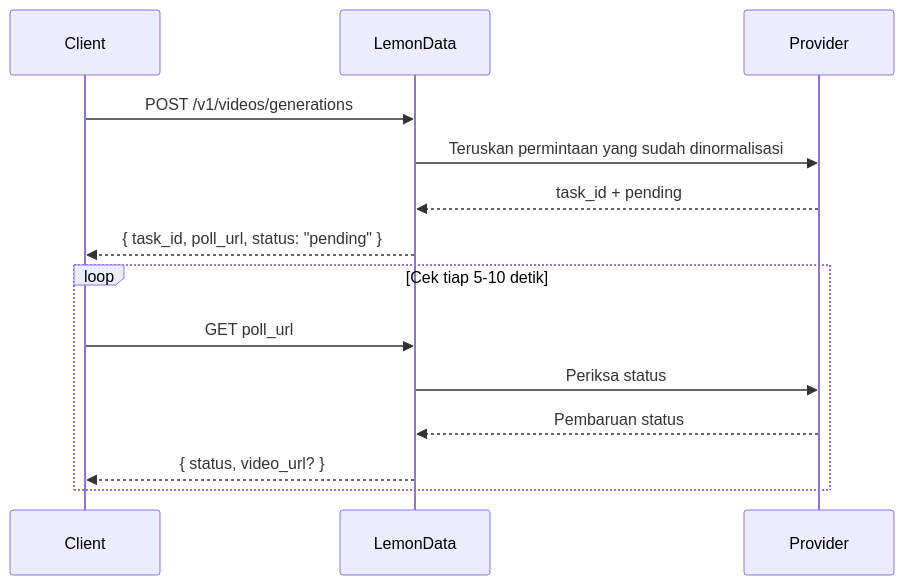
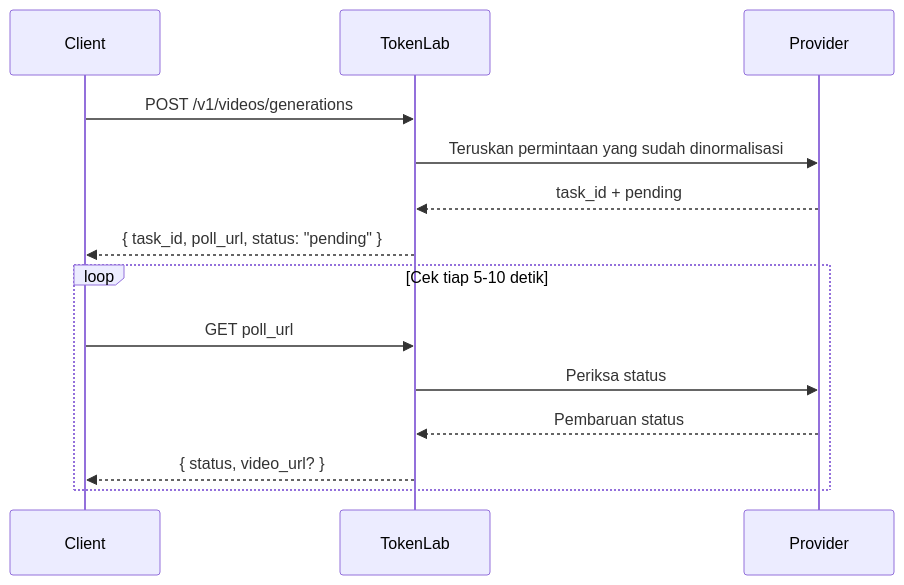
The diagram in id/guides/video-generation.mdx (hedging8563/lemondata-docs), drawn with Mermaid before and after one commit. The commit also changed other lines of this file and 858 other files, not shown here.

````diff
--- a/id/guides/video-generation.mdx
+++ b/id/guides/video-generation.mdx
@@ -24,18 +24,18 @@
 ```mermaid
 sequenceDiagram
     participant Client
-    participant LemonData
+    participant TokenLab
     participant Provider
 
-    Client->>LemonData: POST /v1/videos/generations
-    LemonData->>Provider: Teruskan permintaan yang sudah dinormalisasi
-    Provider-->>LemonData: task_id + pending
-    LemonData-->>Client: { task_id, poll_url, status: "pending" }
+    Client->>TokenLab: POST /v1/videos/generations
+    TokenLab->>Provider: Teruskan permintaan yang sudah dinormalisasi
+    Provider-->>TokenLab: task_id + pending
+    TokenLab-->>Client: { task_id, poll_url, status: "pending" }
 
     loop Cek tiap 5-10 detik
-        Client->>LemonData: GET poll_url
-        LemonData->>Provider: Periksa status
-        Provider-->>LemonData: Pembaruan status
-        LemonData-->>Client: { status, video_url? }
+        Client->>TokenLab: GET poll_url
+        TokenLab->>Provider: Periksa status
+        Provider-->>TokenLab: Pembaruan status
+        TokenLab-->>Client: { status, video_url? }
     end
 ```
````
